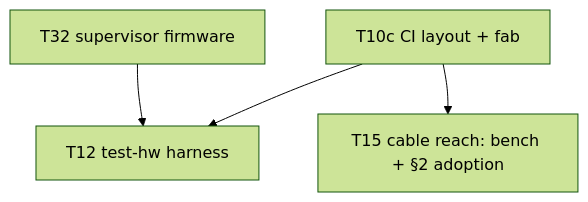
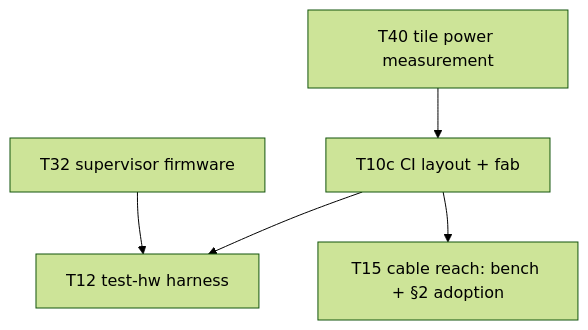
One commit to kristofferkoch/oparroy changed the diagram in KANBAN.md. Above: the diagram before and after it, drawn with Mermaid (forest theme). The commit also changed other lines of this file, not shown here.

First line of the commit message:
kanban: plan CI tile power measurement (T40 design, T41 bench)

````diff
--- a/KANBAN.md
+++ b/KANBAN.md
@@ -34,6 +34,7 @@
 ```mermaid
 graph TD
-    T10c[T10c CI layout + fab] --> T12[T12 test-hw harness]
+    T40[T40 tile power measurement] --> T10c[T10c CI layout + fab]
+    T10c --> T12[T12 test-hw harness]
     T10c --> T15[T15 cable reach: bench + §2 adoption]
     T32[T32 supervisor firmware] --> T12
 ```
````
